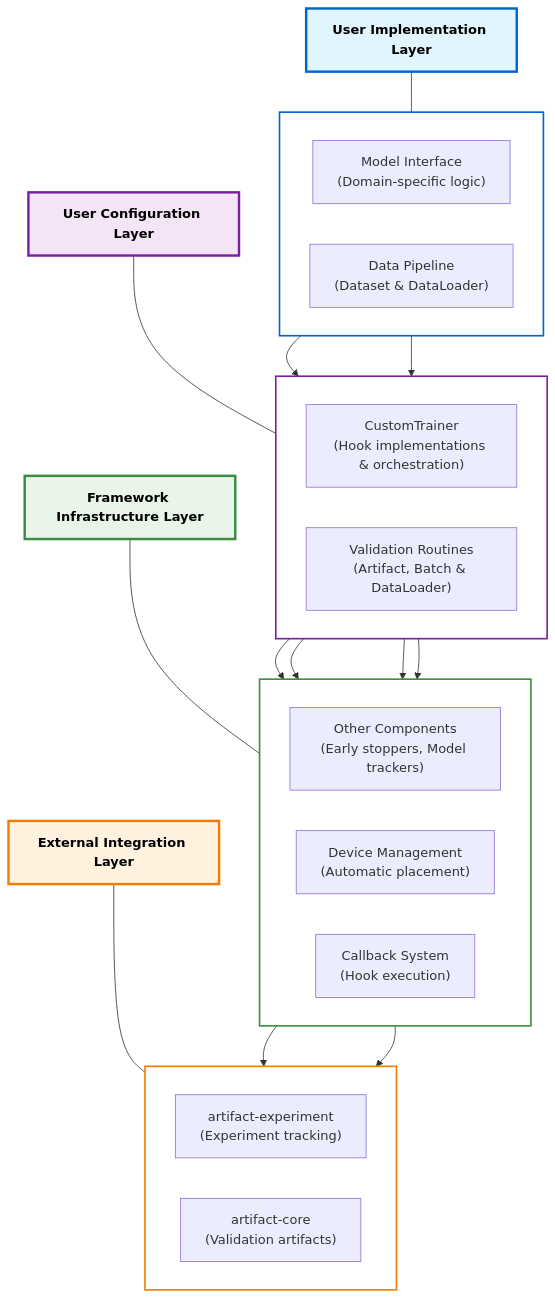
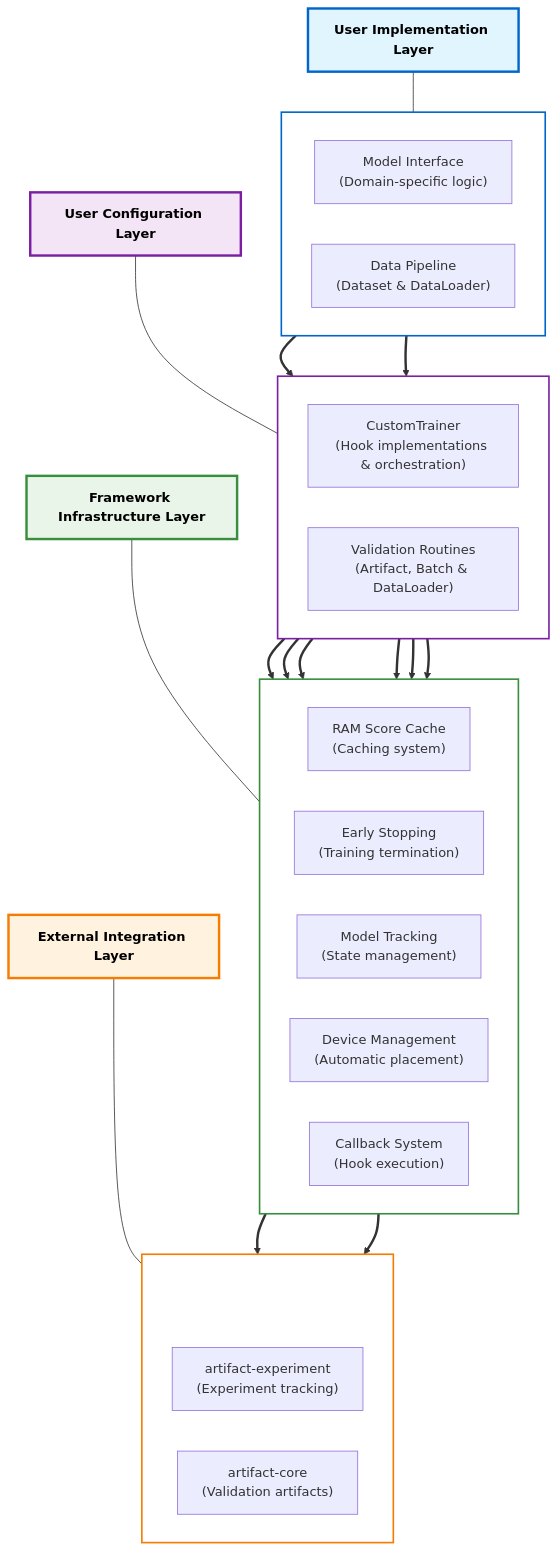
Before and after one commit to vasileios-ektor-papoulias/artifact-ml: the diagram in artifact-torch/README.md, drawn with Mermaid.

````diff
--- a/artifact-torch/README.md
+++ b/artifact-torch/README.md
@@ -50,13 +50,16 @@
     
     subgraph infra [" "]
         direction LR
-        Components["Other Components<br/>(Early stoppers, Model trackers)"]
+        Cache["RAM Score Cache<br/>(Caching system)"]
+        EarlyStopping["Early Stopping<br/>(Training termination)"]
+        ModelTracking["Model Tracking<br/>(State management)"]
         Device["Device Management<br/>(Automatic placement)"]
         Callbacks["Callback System<br/>(Hook execution)"]
     end
     
     subgraph external [" "]
         direction LR
+        ExternalSpacer[" "]
         ArtifactExp["artifact-experiment<br/>(Experiment tracking)"]
         ArtifactCore["artifact-core<br/>(Validation artifacts)"]
     end
@@ -67,8 +70,10 @@
     Data --> Trainer
     
     %% Configuration to Infrastructure (left to right order)
+    Trainer --> Cache
+    Trainer --> EarlyStopping
+    Trainer --> ModelTracking
     Trainer --> Device
-    Trainer --> Components  
     Trainer --> Callbacks
     
     %% Routine to Infrastructure
@@ -99,4 +104,19 @@
     impl ~~~ config
     config ~~~ infra
     infra ~~~ external
+    
+    %% Make all component arrows thicker
+    linkStyle 0 stroke-width:3px
+    linkStyle 1 stroke-width:3px
+    linkStyle 2 stroke-width:3px
+    linkStyle 3 stroke-width:3px
+    linkStyle 4 stroke-width:3px
+    linkStyle 5 stroke-width:3px
+    linkStyle 6 stroke-width:3px
+    linkStyle 7 stroke-width:3px
+    linkStyle 8 stroke-width:3px
+    linkStyle 9 stroke-width:3px
+    
+    %% Hide external spacer
+    style ExternalSpacer fill:transparent,stroke:transparent
 ```
````
